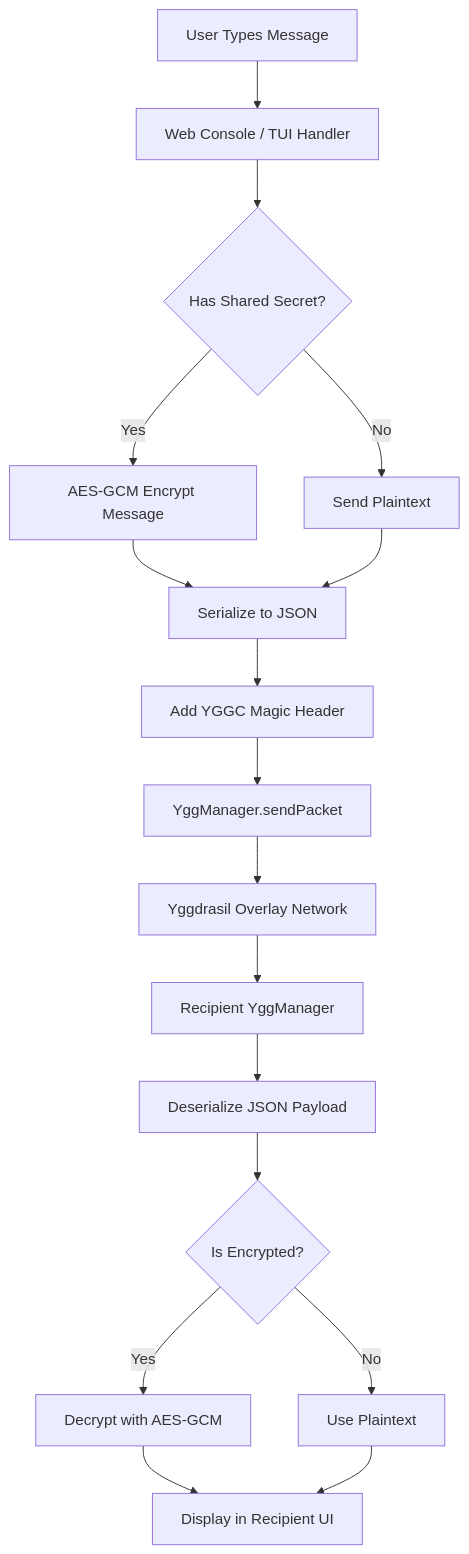
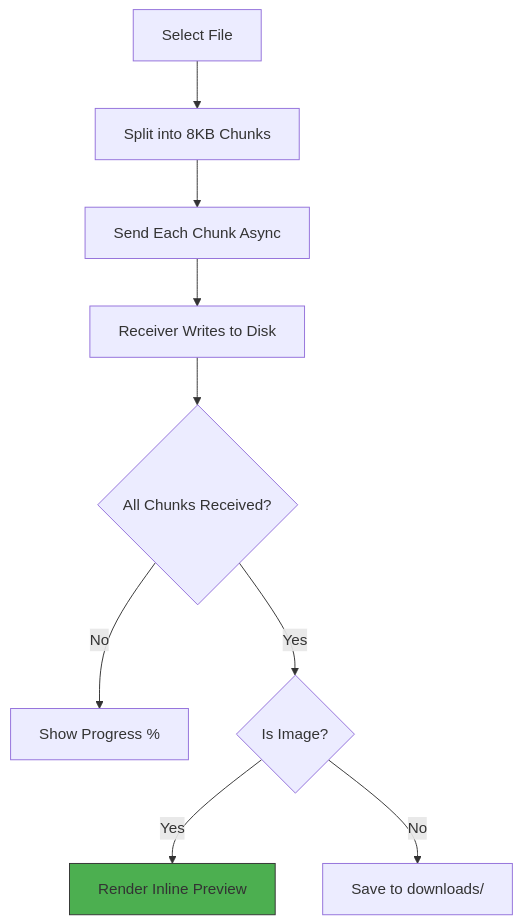
The sixth of 9 diagrams in README.md (amafjarkasi/yggchat), drawn with Mermaid before and after one commit. The commit also changed other lines of this file, not shown here.

````diff
--- a/README.md
+++ b/README.md
@@ -404,19 +769,13 @@
 ```mermaid
 flowchart TD
-    A[User Types Message] --> B[Web Console / TUI Handler]
-    B --> C{Has Shared Secret?}
-    C -->|Yes| D[AES-GCM Encrypt Message]
-    C -->|No| E[Send Plaintext]
-    D --> F[Serialize to JSON]
-    E --> F
-    F --> G[Add YGGC Magic Header]
-    G --> H[YggManager.sendPacket]
-    H --> I[Yggdrasil Overlay Network]
-    I --> J[Recipient YggManager]
-    J --> K[Deserialize JSON Payload]
-    K --> L{Is Encrypted?}
-    L -->|Yes| M[Decrypt with AES-GCM]
-    L -->|No| N[Use Plaintext]
-    M --> O[Display in Recipient UI]
-    N --> O
+    A[Select File] --> B[Split into 8KB Chunks]
+    B --> C[Send Each Chunk Async]
+    C --> D[Receiver Writes to Disk]
+    D --> E{All Chunks Received?}
+    E -->|No| F[Show Progress %]
+    E -->|Yes| G{Is Image?}
+    G -->|Yes| H[Render Inline Preview]
+    G -->|No| I[Save to downloads/]
+    
+    style H fill:#4CAF50,stroke:#333
 ```
````
